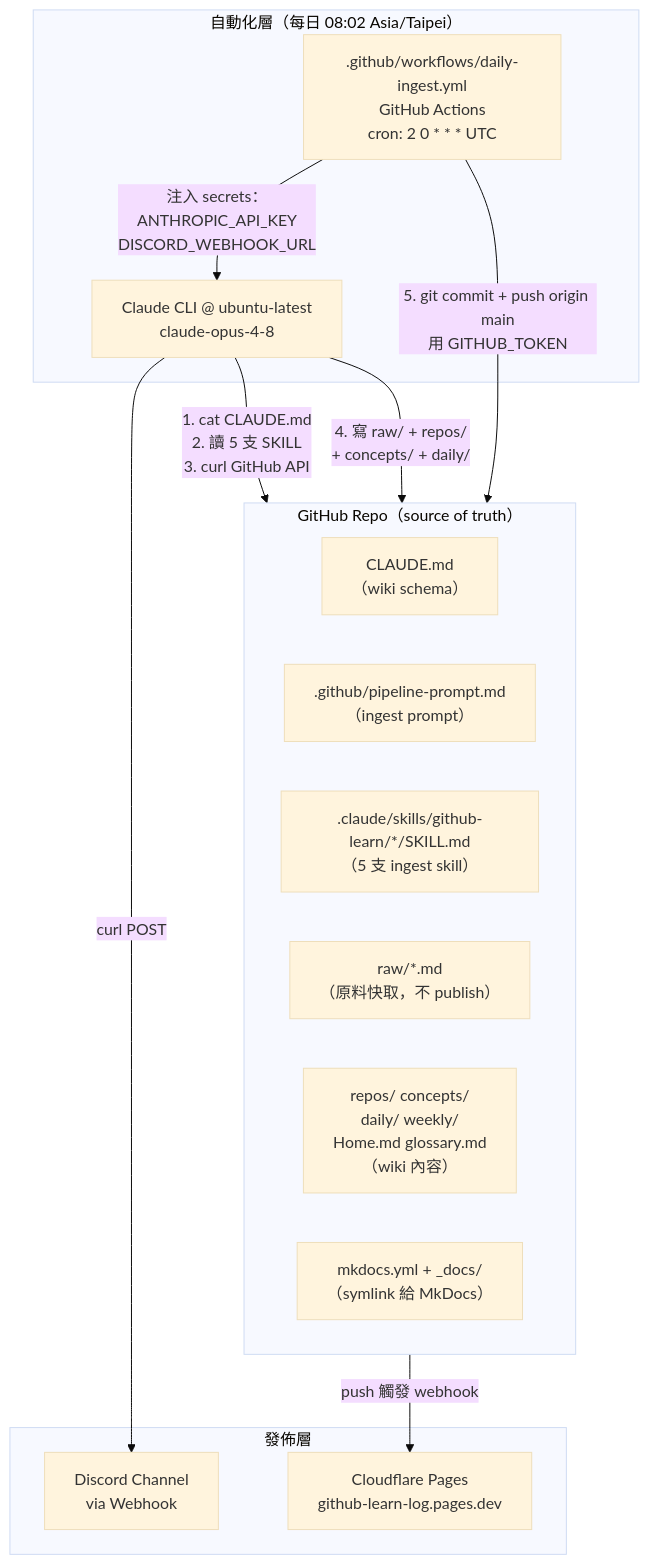
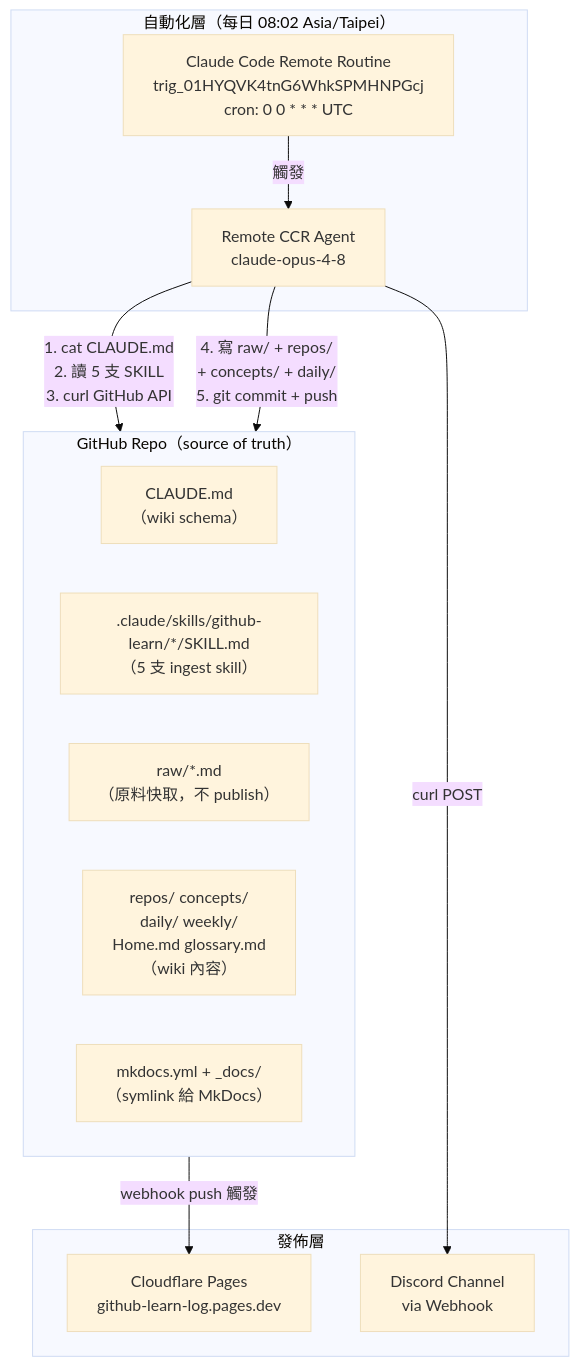
One commit to a920604a/github-learn-log changed the first of 2 diagrams in README.md. Above: the diagram before and after it, drawn with Mermaid (base theme). The commit also changed other lines of this file and 2 other files, not shown here.

Commit message:
docs: keep routine architecture (GHA reverted due to API key cost) + apply 費曼式回顧 schema"

````diff
--- a/README.md
+++ b/README.md
@@ -13,28 +13,26 @@
 ```mermaid
 flowchart TB
   subgraph Automation["自動化層（每日 08:02 Asia/Taipei）"]
-    GHA[".github/workflows/daily-ingest.yml<br/>GitHub Actions<br/>cron: 2 0 * * * UTC"]
-    Claude["Claude CLI @ ubuntu-latest<br/>claude-opus-4-8"]
-    GHA -->|注入 secrets：<br/>ANTHROPIC_API_KEY<br/>DISCORD_WEBHOOK_URL| Claude
+    Cron["Claude Code Remote Routine<br/>trig_01HYQVK4tnG6WhkSPMHNPGcj<br/>cron: 0 0 * * * UTC"]
+    Agent["Remote CCR Agent<br/>claude-opus-4-8"]
+    Cron -->|觸發| Agent
   end
 
   subgraph Repo["GitHub Repo（source of truth）"]
     Schema["CLAUDE.md<br/>（wiki schema）"]
-    Prompt[".github/pipeline-prompt.md<br/>（ingest prompt）"]
     Skills[".claude/skills/github-learn/*/SKILL.md<br/>（5 支 ingest skill）"]
     RawDir["raw/*.md<br/>（原料快取，不 publish）"]
     Wiki["repos/ concepts/<br/>daily/ weekly/<br/>Home.md glossary.md<br/>（wiki 內容）"]
     MkdocsCfg["mkdocs.yml + _docs/<br/>（symlink 給 MkDocs）"]
   end
 
   subgraph Publish["發佈層"]
     CF["Cloudflare Pages<br/>github-learn-log.pages.dev"]
     Discord["Discord Channel<br/>via Webhook"]
   end
 
-  Claude -->|1. cat CLAUDE.md<br/>2. 讀 5 支 SKILL<br/>3. curl GitHub API| Repo
-  Claude -->|4. 寫 raw/ + repos/<br/>+ concepts/ + daily/| Repo
-  GHA -->|5. git commit + push origin main<br/>用 GITHUB_TOKEN| Repo
-  Repo -->|push 觸發 webhook| CF
-  Claude -->|curl POST| Discord
+  Agent -->|1. cat CLAUDE.md<br/>2. 讀 5 支 SKILL<br/>3. curl GitHub API| Repo
+  Agent -->|4. 寫 raw/ + repos/<br/>+ concepts/ + daily/<br/>5. git commit + push| Repo
+  Repo -->|webhook push 觸發| CF
+  Agent -->|curl POST| Discord
 ```
````
